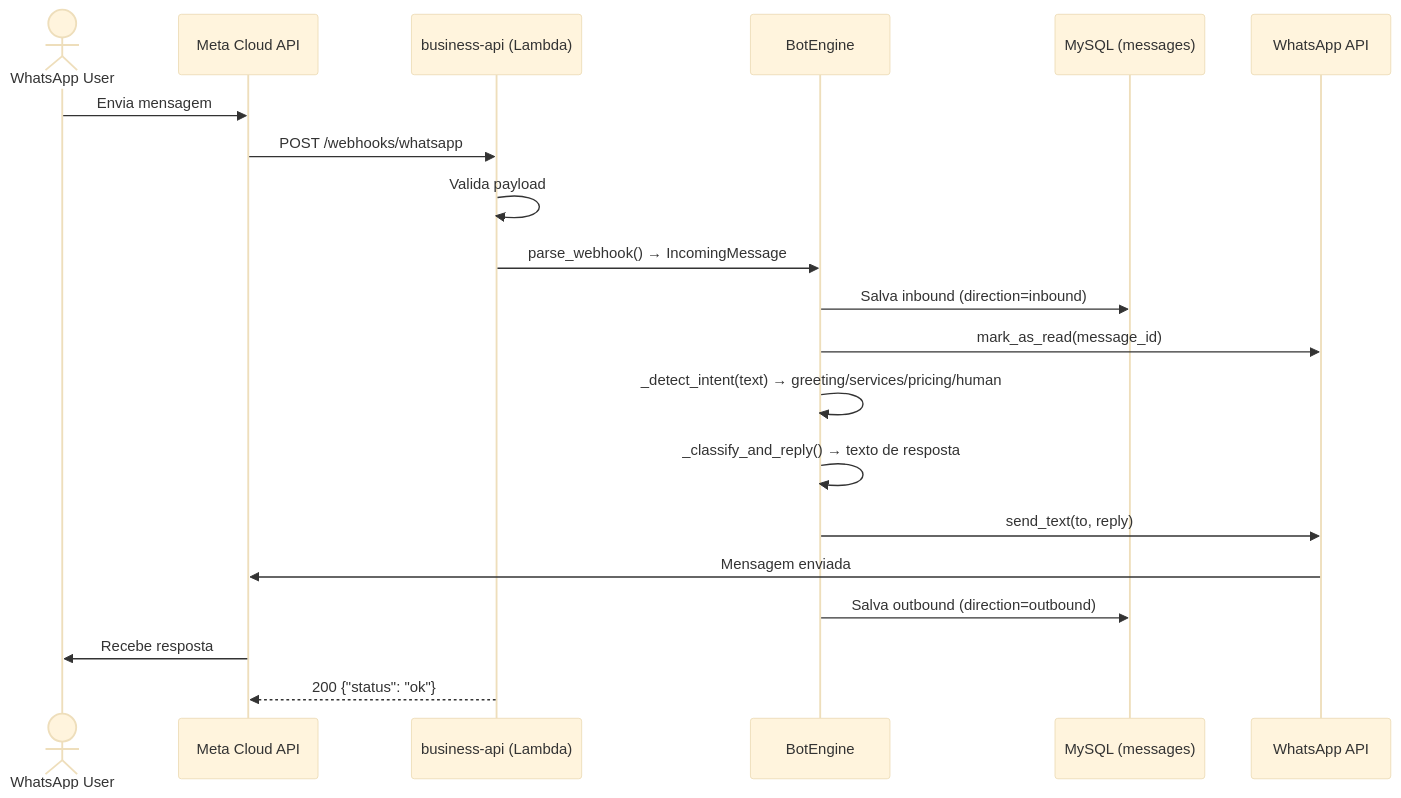
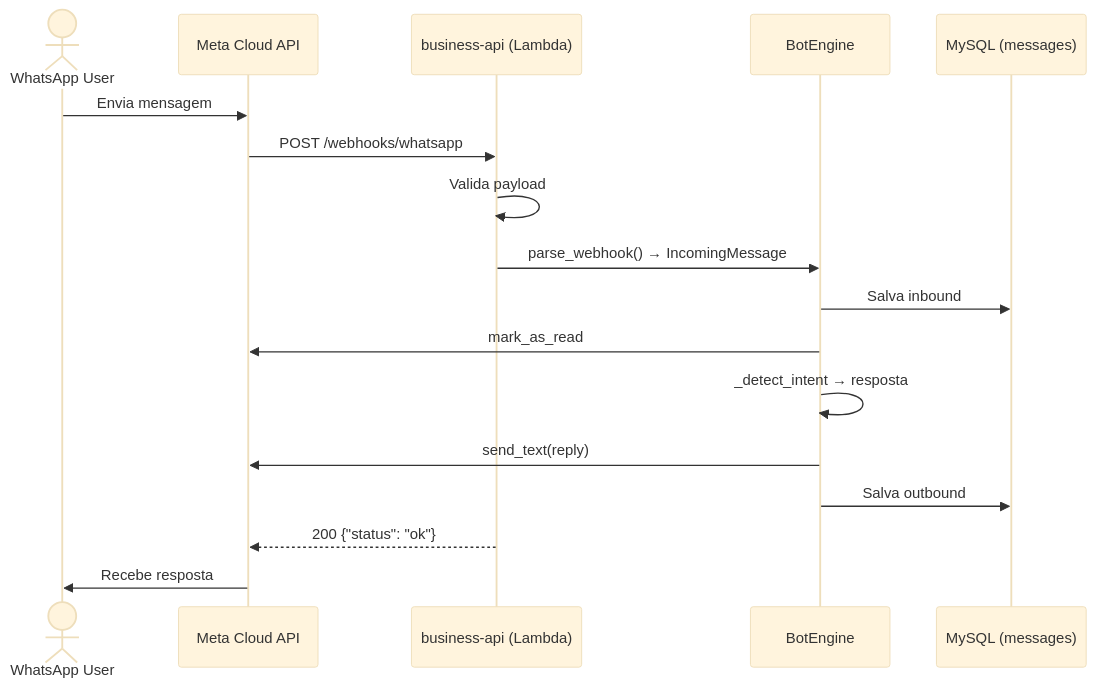
Before and after one commit to BooPixel/boopixel-strategy: the second of 2 diagrams in whatsapp-api.md, drawn with Mermaid (base theme). The commit also changed other lines of this file, not shown here.

Commit message:
📄 DOC: Full WhatsApp doc rewrite — problems, solutions, architecture, deploy, commits

````diff
--- a/whatsapp-api.md
+++ b/whatsapp-api.md
@@ -262,23 +294,20 @@
 ```mermaid
 sequenceDiagram
     actor User as WhatsApp User
     participant Meta as Meta Cloud API
     participant API as business-api (Lambda)
     participant Bot as BotEngine
     participant DB as MySQL (messages)
-    participant WA as WhatsApp API
 
     User->>Meta: Envia mensagem
     Meta->>API: POST /webhooks/whatsapp
     API->>API: Valida payload
     API->>Bot: parse_webhook() → IncomingMessage
-    Bot->>DB: Salva inbound (direction=inbound)
-    Bot->>WA: mark_as_read(message_id)
-    Bot->>Bot: _detect_intent(text) → greeting/services/pricing/human
-    Bot->>Bot: _classify_and_reply() → texto de resposta
-    Bot->>WA: send_text(to, reply)
-    WA->>Meta: Mensagem enviada
-    Bot->>DB: Salva outbound (direction=outbound)
+    Bot->>DB: Salva inbound
+    Bot->>Meta: mark_as_read
+    Bot->>Bot: _detect_intent → resposta
+    Bot->>Meta: send_text(reply)
+    Bot->>DB: Salva outbound
+    API-->>Meta: 200 {"status": "ok"}
     Meta->>User: Recebe resposta
-    API-->>Meta: 200 {"status": "ok"}
 ```
````
